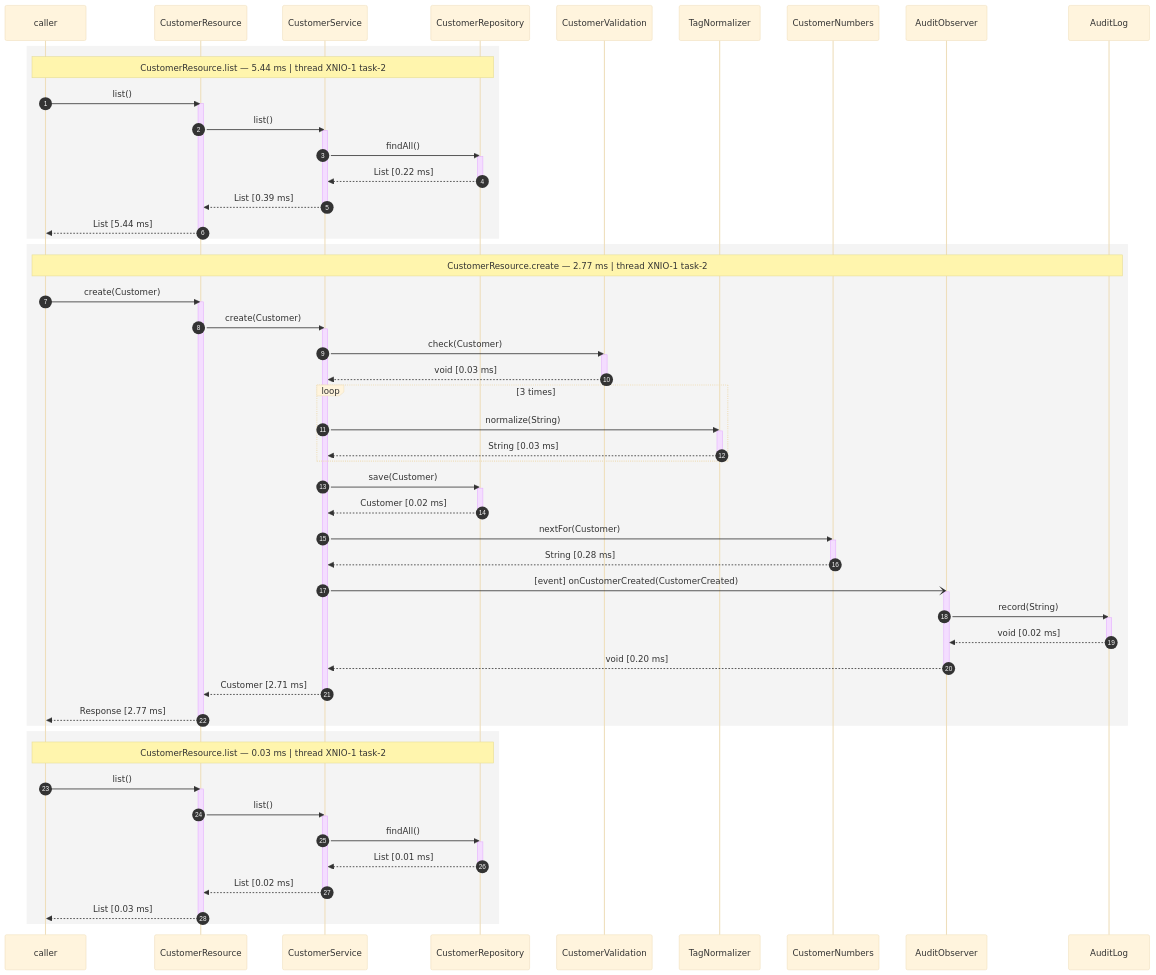
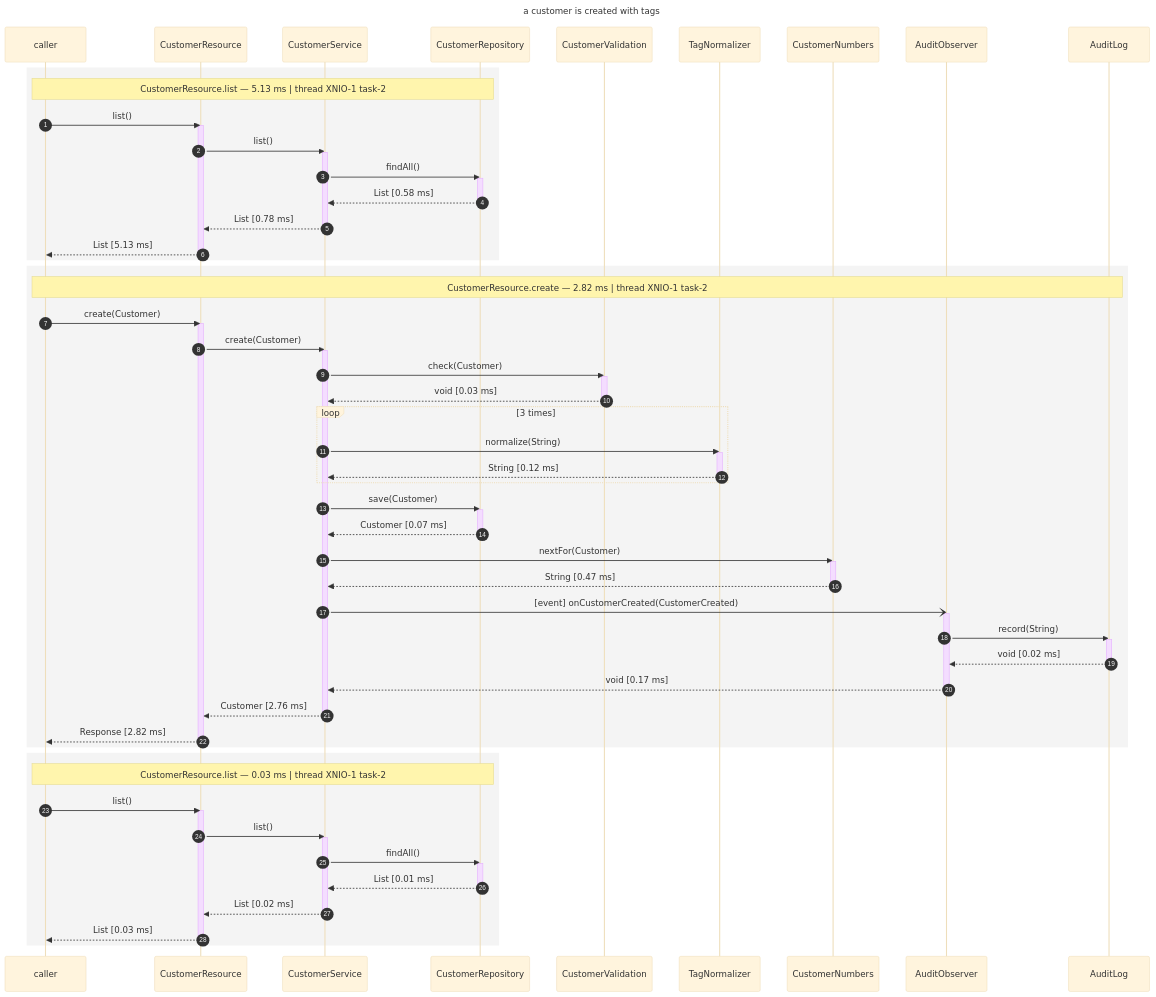
The first of 4 diagrams in cdi-flow-examples/cdi-flow-examples-jakarta-crud/README.md (os890/dynamic-cdi-flow-renderer), drawn with Mermaid (base theme) before and after one commit. The commit also changed other lines of this file and 16 other files, not shown here.

````diff
--- a/cdi-flow-examples/cdi-flow-examples-jakarta-crud/README.md
+++ b/cdi-flow-examples/cdi-flow-examples-jakarta-crud/README.md
@@ -95,4 +96,7 @@
 ```mermaid
+---
+title: "a customer is created with tags"
+---
 sequenceDiagram
     autonumber
     participant Caller as caller
@@ -105,22 +109,22 @@
     participant AuditObserver
     participant AuditLog
     rect rgb(244, 244, 244)
-        Note over Caller,CustomerRepository: CustomerResource.list — 5.44 ms | thread XNIO-1 task-2
+        Note over Caller,CustomerRepository: CustomerResource.list — 5.13 ms | thread XNIO-1 task-2
         Caller->>CustomerResource: list()
         activate CustomerResource
             CustomerResource->>CustomerService: list()
             activate CustomerService
                 CustomerService->>CustomerRepository: findAll()
                 activate CustomerRepository
-                CustomerRepository-->>CustomerService: List [0.22 ms]
+                CustomerRepository-->>CustomerService: List [0.58 ms]
                 deactivate CustomerRepository
-            CustomerService-->>CustomerResource: List [0.39 ms]
+            CustomerService-->>CustomerResource: List [0.78 ms]
             deactivate CustomerService
-        CustomerResource-->>Caller: List [5.44 ms]
+        CustomerResource-->>Caller: List [5.13 ms]
         deactivate CustomerResource
     end
     rect rgb(244, 244, 244)
-        Note over Caller,AuditLog: CustomerResource.create — 2.77 ms | thread XNIO-1 task-2
+        Note over Caller,AuditLog: CustomerResource.create — 2.82 ms | thread XNIO-1 task-2
         Caller->>CustomerResource: create(Customer)
         activate CustomerResource
             CustomerResource->>CustomerService: create(Customer)
@@ -132,16 +136,16 @@
                 loop 3 times
                     CustomerService->>TagNormalizer: normalize(String)
                     activate TagNormalizer
-                    TagNormalizer-->>CustomerService: String [0.03 ms]
+                    TagNormalizer-->>CustomerService: String [0.12 ms]
                     deactivate TagNormalizer
                 end
                 CustomerService->>CustomerRepository: save(Customer)
                 activate CustomerRepository
-                CustomerRepository-->>CustomerService: Customer [0.02 ms]
+                CustomerRepository-->>CustomerService: Customer [0.07 ms]
                 deactivate CustomerRepository
                 CustomerService->>CustomerNumbers: nextFor(Customer)
                 activate CustomerNumbers
-                CustomerNumbers-->>CustomerService: String [0.28 ms]
+                CustomerNumbers-->>CustomerService: String [0.47 ms]
                 deactivate CustomerNumbers
                 CustomerService-)AuditObserver: [event] onCustomerCreated(CustomerCreated)
                 activate AuditObserver
@@ -149,11 +153,11 @@
                     activate AuditLog
                     AuditLog-->>AuditObserver: void [0.02 ms]
                     deactivate AuditLog
-                AuditObserver-->>CustomerService: void [0.20 ms]
+                AuditObserver-->>CustomerService: void [0.17 ms]
                 deactivate AuditObserver
-            CustomerService-->>CustomerResource: Customer [2.71 ms]
+            CustomerService-->>CustomerResource: Customer [2.76 ms]
             deactivate CustomerService
-        CustomerResource-->>Caller: Response [2.77 ms]
+        CustomerResource-->>Caller: Response [2.82 ms]
         deactivate CustomerResource
     end
     rect rgb(244, 244, 244)
````
